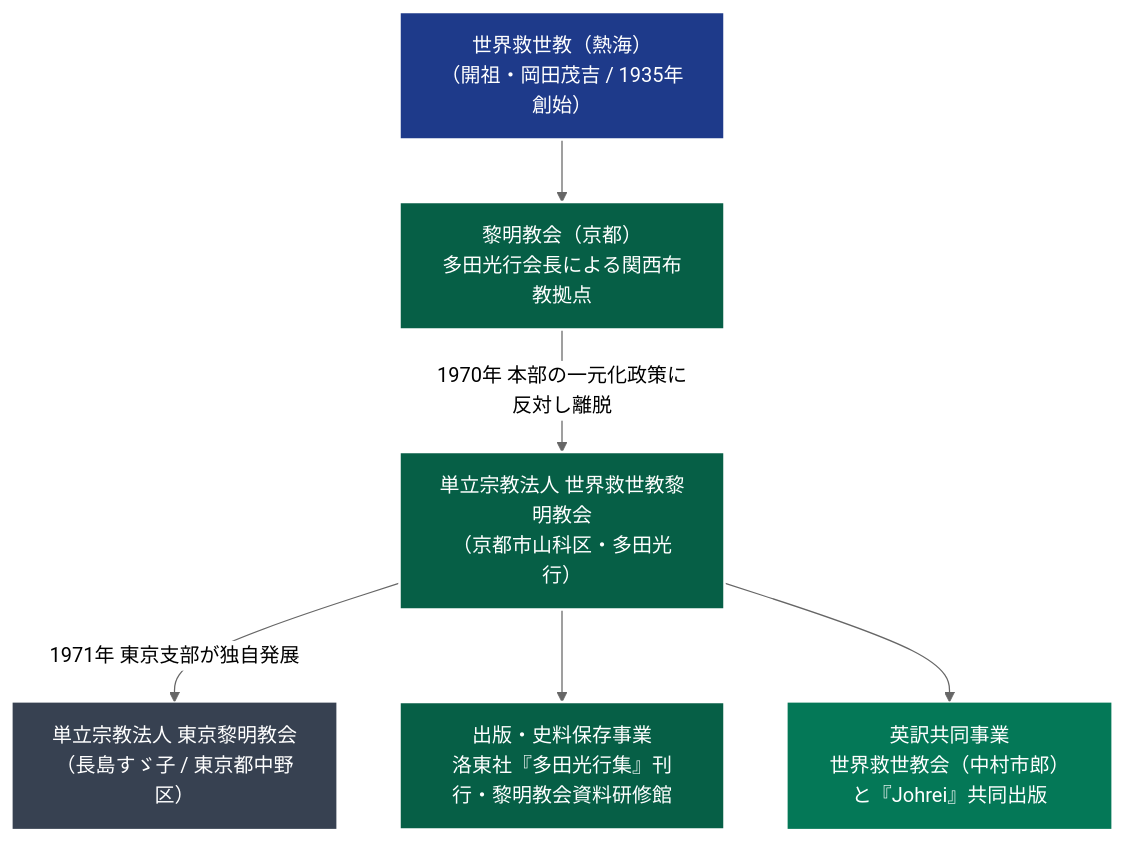
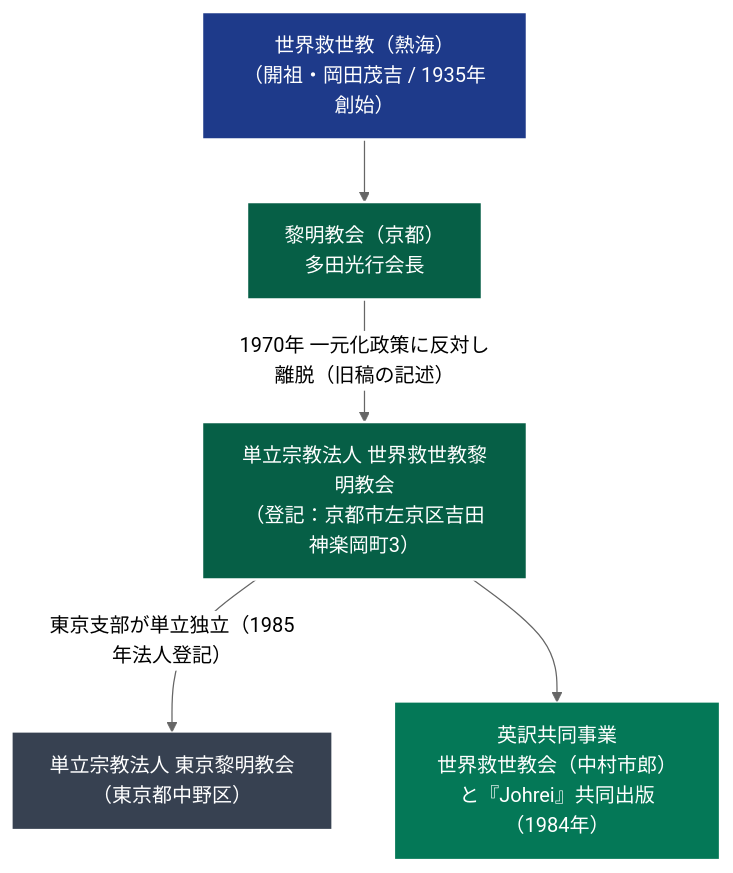
Before and after one commit to iida-masashi/religion-garden: the diagram in content/01_宗派・異端研究/03_世界救世教・真光系/世界救世教黎明教会.md, drawn with Mermaid (neutral theme). The commit also changed other lines of this file and 251 other files, not shown here.

````diff
--- a/content/01_宗派・異端研究/03_世界救世教・真光系/世界救世教黎明教会.md
+++ b/content/01_宗派・異端研究/03_世界救世教・真光系/世界救世教黎明教会.md
@@ -50,14 +33,12 @@
 ```mermaid
 flowchart TD
     classDef origin fill:#1e3a8a,stroke:#ffffff,stroke-width:2px,color:#ffffff;
     classDef main fill:#065f46,stroke:#ffffff,stroke-width:2px,color:#ffffff;
     classDef branch fill:#374151,stroke:#ffffff,stroke-width:1px,color:#ffffff;
     classDef global fill:#047857,stroke:#ffffff,stroke-width:1px,color:#ffffff;
 
-    A["<div style='color:#ffffff;'>世界救世教（熱海）<br>（開祖・岡田茂吉 / 1935年創始）</div>"]:::origin --> B["<div style='color:#ffffff;'>黎明教会（京都）<br>多田光行会長による関西布教拠点</div>"]:::main
-    B -->|"1970年 本部の一元化政策に反対し離脱"| C["<div style='color:#ffffff;'>単立宗教法人 世界救世教黎明教会<br>（京都市山科区・多田光行）</div>"]:::main
-
-    C -->|"1971年 東京支部が独自発展"| D["<div style='color:#ffffff;'>単立宗教法人 東京黎明教会<br>（長島すゞ子 / 東京都中野区）</div>"]:::branch
-    C --> E["<div style='color:#ffffff;'>出版・史料保存事業<br>洛東社『多田光行集』刊行・黎明教会資料研修館</div>"]:::main
-    C --> F["<div style='color:#ffffff;'>英訳共同事業<br>世界救世教会（中村市郎）と『Johrei』共同出版</div>"]:::global
+    A["<div style='color:#ffffff;'>世界救世教（熱海）<br>（開祖・岡田茂吉 / 1935年創始）</div>"]:::origin --> B["<div style='color:#ffffff;'>黎明教会（京都）<br>多田光行会長</div>"]:::main
+    B -->|"1970年 一元化政策に反対し離脱（旧稿の記述）"| C["<div style='color:#ffffff;'>単立宗教法人 世界救世教黎明教会<br>（登記：京都市左京区吉田神楽岡町3）</div>"]:::main
+    C -->|"東京支部が単立独立（1985年法人登記）"| D["<div style='color:#ffffff;'>単立宗教法人 東京黎明教会<br>（東京都中野区）</div>"]:::branch
+    C --> E["<div style='color:#ffffff;'>英訳共同事業<br>世界救世教会（中村市郎）と『Johrei』共同出版（1984年）</div>"]:::global
 ```
````
